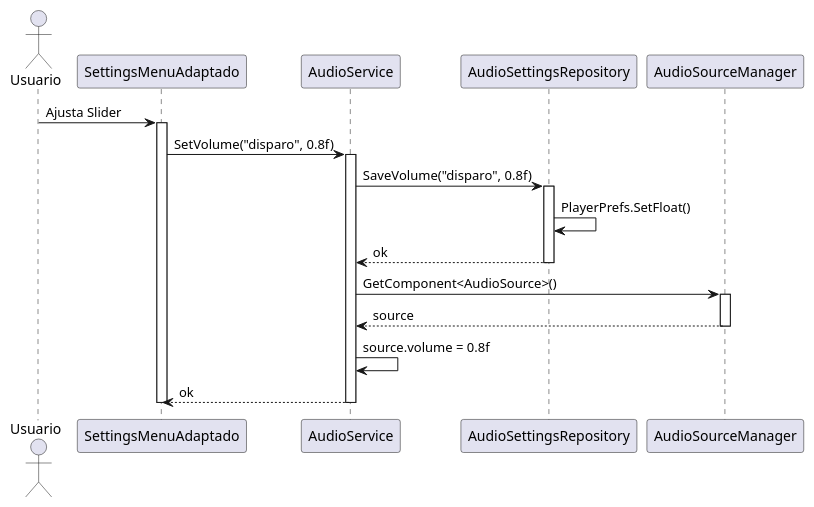
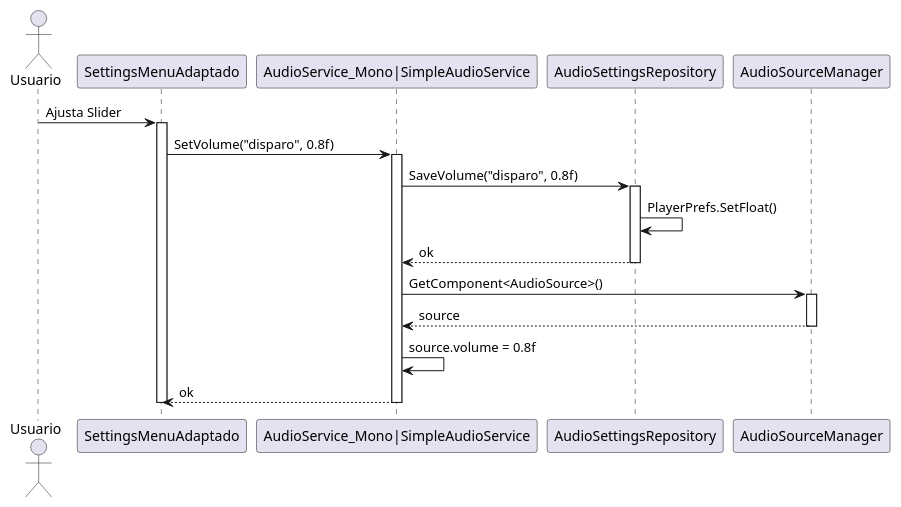
One commit to JosueOrozco01/Zombies changed the diagram in Assets/Codigo/Diagramas/SequenceDiagram_Audio.puml. Above: the diagram before and after it, drawn with PlantUML. The commit also changed 67 other files, not shown here.

```diff
--- a/Assets/Codigo/Diagramas/SequenceDiagram_Audio.puml
+++ b/Assets/Codigo/Diagramas/SequenceDiagram_Audio.puml
@@ -1,32 +1,30 @@
 @startuml
 ' Diagrama de Secuencia: Configuración de Audio
 actor Usuario
 participant "SettingsMenuAdaptado" as UI
-participant "AudioService" as AS
+participant "AudioService_Mono|SimpleAudioService" as AS
 participant "AudioSettingsRepository" as AR
 participant "AudioSourceManager" as AM
 
 Usuario -> UI: Ajusta Slider
 activate UI
 
 UI -> AS: SetVolume("disparo", 0.8f)
 activate AS
-
 AS -> AR: SaveVolume("disparo", 0.8f)
 activate AR
 AR -> AR: PlayerPrefs.SetFloat()
 AR --> AS: ok
 deactivate AR
-
 AS -> AM: GetComponent<AudioSource>()
 activate AM
 AM --> AS: source
 deactivate AM
 
 AS -> AS: source.volume = 0.8f
 AS --> UI: ok
 
 deactivate AS
 deactivate UI
 
 @enduml
```
